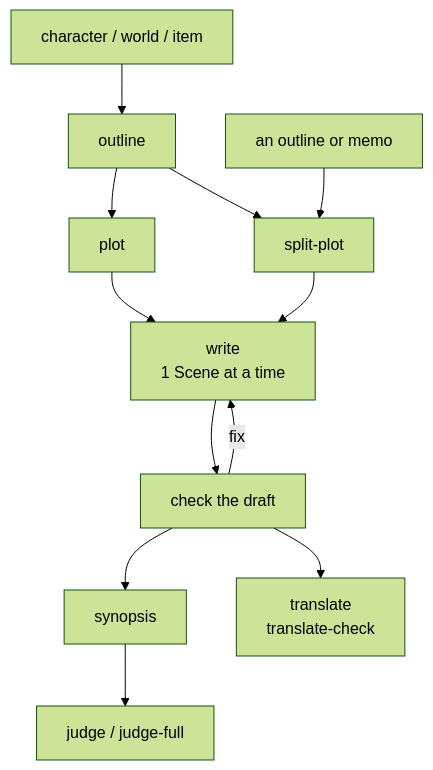
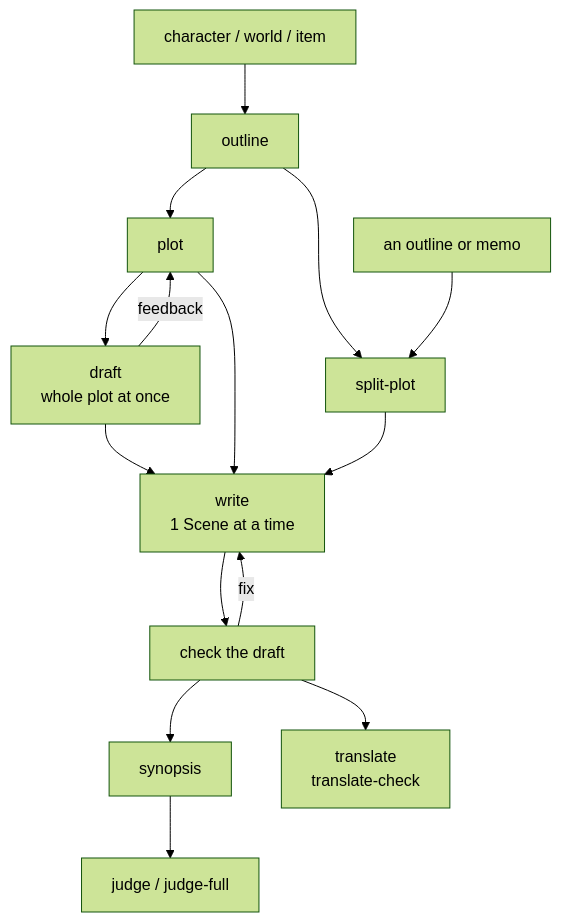
The diagram in domains/story/README.md (omni-stove/skill-kit), drawn with Mermaid (forest theme) before and after one commit. The commit also changed other lines of this file and 18 other files, not shown here.

````diff
--- a/domains/story/README.md
+++ b/domains/story/README.md
@@ -8,14 +8,17 @@
 ```mermaid
 flowchart TD
   settings[character / world / item] --> outline[outline]
   outline --> plot[plot]
   outline --> split
   memo[an outline or memo] --> split[split-plot]
+  plot --> draft[draft<br/>whole plot at once]
+  draft -- "feedback" --> plot
+  draft --> write
   plot --> write
   split --> write[write<br/>1 Scene at a time]
   write --> checks[check the draft]
   checks -- "fix" --> write
   checks --> synopsis[synopsis]
   synopsis --> judge[judge / judge-full]
   checks --> translate[translate<br/>translate-check]
 ```
````
